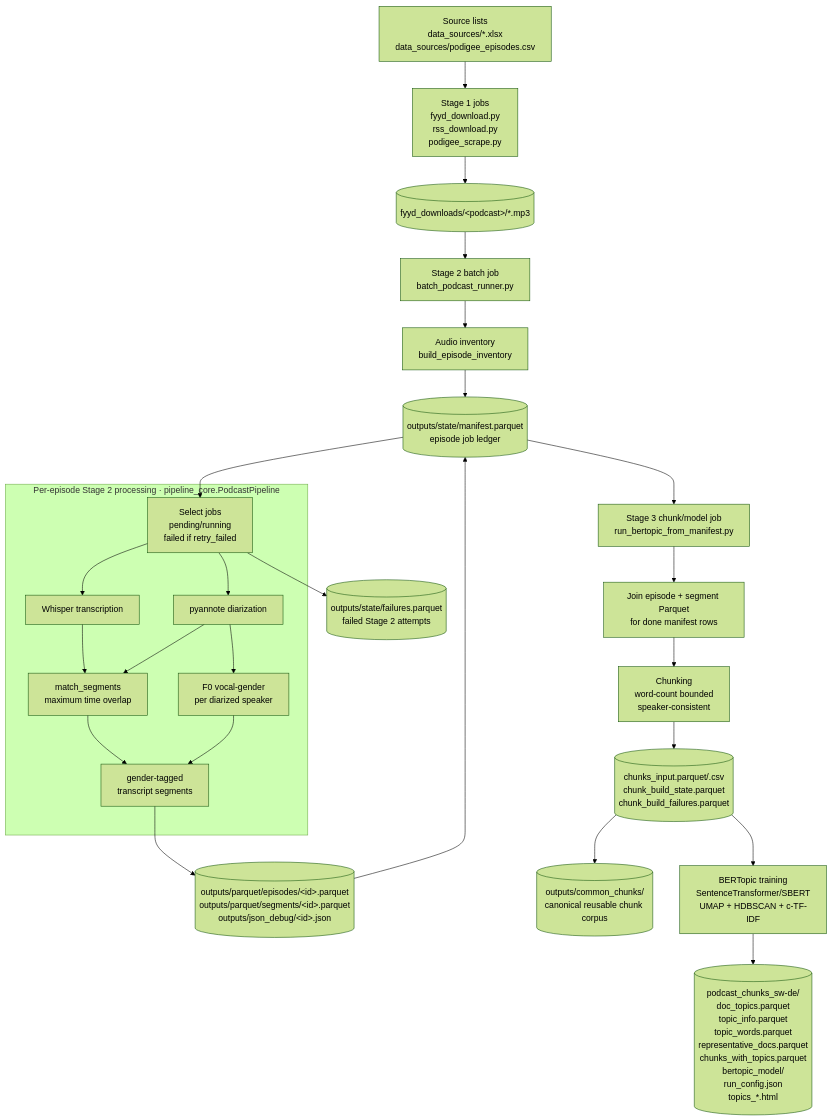
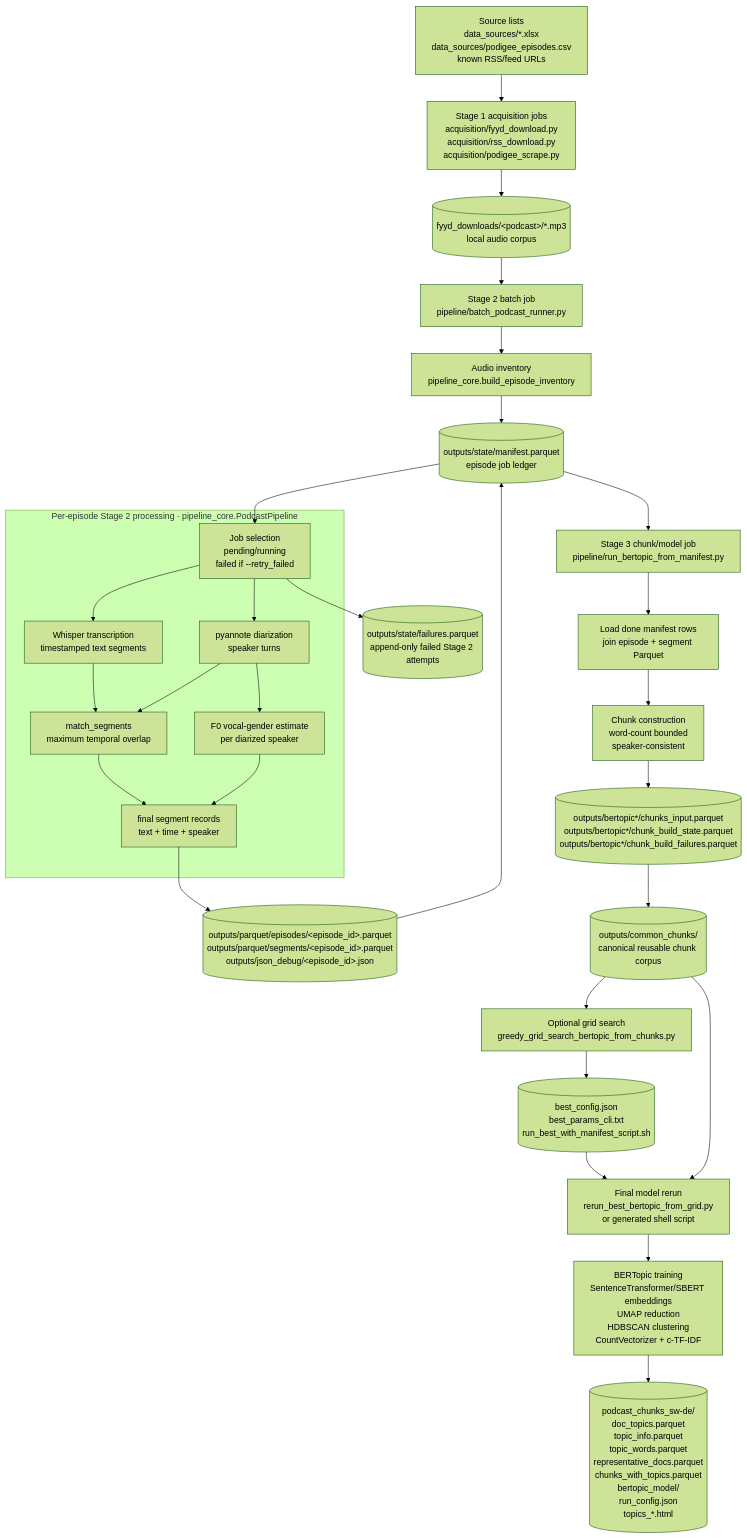
Before and after one commit to plasma31/podcast_transcribe: the diagram in docs/thesis/01_pipeline_and_data.md, drawn with Mermaid (forest theme). The commit also changed other lines of this file, not shown here.

Commit message:
Expand pipeline IO and handoff documentation

````diff
--- a/docs/thesis/01_pipeline_and_data.md
+++ b/docs/thesis/01_pipeline_and_data.md
@@ -19,32 +26,38 @@
 ```mermaid
 flowchart TD
-    A[Source lists<br/>data_sources/*.xlsx<br/>data_sources/podigee_episodes.csv] --> B[Stage 1 jobs<br/>fyyd_download.py<br/>rss_download.py<br/>podigee_scrape.py]
-    B --> C[(fyyd_downloads/&lt;podcast&gt;/*.mp3)]
+    A[Source lists<br/>data_sources/*.xlsx<br/>data_sources/podigee_episodes.csv<br/>known RSS/feed URLs] --> B[Stage 1 acquisition jobs<br/>acquisition/fyyd_download.py<br/>acquisition/rss_download.py<br/>acquisition/podigee_scrape.py]
+    B --> C[(fyyd_downloads/&lt;podcast&gt;/*.mp3<br/>local audio corpus)]
 
-    C --> D[Stage 2 batch job<br/>batch_podcast_runner.py]
-    D --> E[Audio inventory<br/>build_episode_inventory]
+    C --> D[Stage 2 batch job<br/>pipeline/batch_podcast_runner.py]
+    D --> E[Audio inventory<br/>pipeline_core.build_episode_inventory]
     E --> F[(outputs/state/manifest.parquet<br/>episode job ledger)]
-    F --> G[Select jobs<br/>pending/running<br/>failed if retry_failed]
+    F --> G[Job selection<br/>pending/running<br/>failed if --retry_failed]
 
     subgraph S2 [Per-episode Stage 2 processing · pipeline_core.PodcastPipeline]
-        G --> H[Whisper transcription]
-        G --> I[pyannote diarization]
-        H --> J[match_segments<br/>maximum time overlap]
+        G --> H[Whisper transcription<br/>timestamped text segments]
+        G --> I[pyannote diarization<br/>speaker turns]
+        H --> J[match_segments<br/>maximum temporal overlap]
         I --> J
-        I --> K[F0 vocal-gender<br/>per diarized speaker]
-        J --> L[gender-tagged<br/>transcript segments]
+        I --> K[F0 vocal-gender estimate<br/>per diarized speaker]
+        J --> L[final segment records<br/>text + time + speaker]
         K --> L
     end
 
-    L --> M[(outputs/parquet/episodes/&lt;id&gt;.parquet<br/>outputs/parquet/segments/&lt;id&gt;.parquet<br/>outputs/json_debug/&lt;id&gt;.json)]
+    L --> M[(outputs/parquet/episodes/&lt;episode_id&gt;.parquet<br/>outputs/parquet/segments/&lt;episode_id&gt;.parquet<br/>outputs/json_debug/&lt;episode_id&gt;.json)]
     M --> F
-    G --> N[(outputs/state/failures.parquet<br/>failed Stage 2 attempts)]
+    G --> N[(outputs/state/failures.parquet<br/>append-only failed Stage 2 attempts)]
 
-    F --> O[Stage 3 chunk/model job<br/>run_bertopic_from_manifest.py]
-    O --> P[Join episode + segment Parquet<br/>for done manifest rows]
-    P --> Q[Chunking<br/>word-count bounded<br/>speaker-consistent]
-    Q --> R[(chunks_input.parquet/.csv<br/>chunk_build_state.parquet<br/>chunk_build_failures.parquet)]
+    F --> O[Stage 3 chunk/model job<br/>pipeline/run_bertopic_from_manifest.py]
+    O --> P[Load done manifest rows<br/>join episode + segment Parquet]
+    P --> Q[Chunk construction<br/>word-count bounded<br/>speaker-consistent]
+    Q --> R[(outputs/bertopic*/chunks_input.parquet<br/>outputs/bertopic*/chunk_build_state.parquet<br/>outputs/bertopic*/chunk_build_failures.parquet)]
     R --> S[(outputs/common_chunks/<br/>canonical reusable chunk corpus)]
-    R --> T[BERTopic training<br/>SentenceTransformer/SBERT<br/>UMAP + HDBSCAN + c-TF-IDF]
-    T --> U[(podcast_chunks_sw-de/<br/>doc_topics.parquet<br/>topic_info.parquet<br/>topic_words.parquet<br/>representative_docs.parquet<br/>chunks_with_topics.parquet<br/>bertopic_model/<br/>run_config.json<br/>topics_*.html)]
+
+    S --> T[Optional grid search<br/>greedy_grid_search_bertopic_from_chunks.py]
+    T --> V[(best_config.json<br/>best_params_cli.txt<br/>run_best_with_manifest_script.sh)]
+    V --> W[Final model rerun<br/>rerun_best_bertopic_from_grid.py<br/>or generated shell script]
+    S --> W
+
+    W --> X[BERTopic training<br/>SentenceTransformer/SBERT embeddings<br/>UMAP reduction<br/>HDBSCAN clustering<br/>CountVectorizer + c-TF-IDF]
+    X --> Y[(podcast_chunks_sw-de/<br/>doc_topics.parquet<br/>topic_info.parquet<br/>topic_words.parquet<br/>representative_docs.parquet<br/>chunks_with_topics.parquet<br/>bertopic_model/<br/>run_config.json<br/>topics_*.html)]
 ```
````
